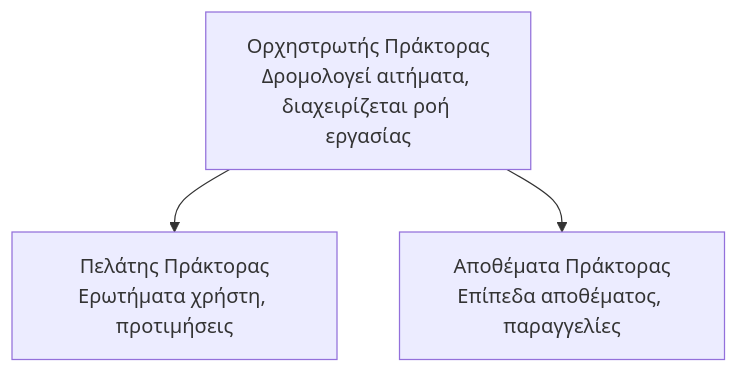
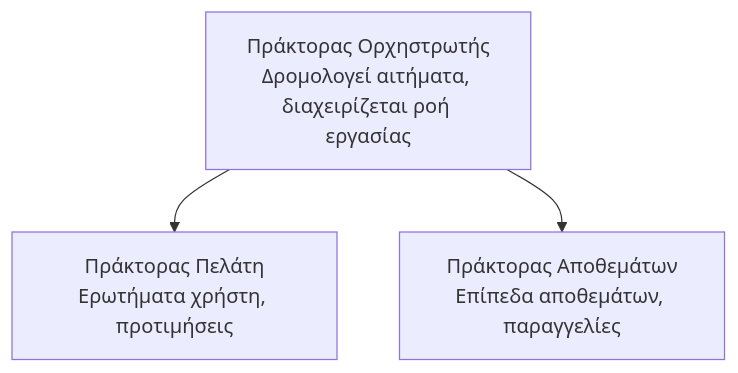
One commit to microsoft/AZD-for-beginners changed the diagram in translations/el/docs/chapter-05-multi-agent/README.md. Above: the diagram before and after it, drawn with Mermaid. The commit also changed other lines of this file and 59 other files, not shown here.

````diff
--- a/translations/el/docs/chapter-05-multi-agent/README.md
+++ b/translations/el/docs/chapter-05-multi-agent/README.md
@@ -54,5 +54,5 @@
 ```mermaid
 graph TD
-    Orchestrator[Ορχηστρωτής Πράκτορας<br/>Δρομολογεί αιτήματα, διαχειρίζεται ροή εργασίας] --> Customer[Πελάτης Πράκτορας<br/>Ερωτήματα χρήστη, προτιμήσεις]
-    Orchestrator --> Inventory[Αποθέματα Πράκτορας<br/>Επίπεδα αποθέματος, παραγγελίες]
+    Orchestrator[Πράκτορας Ορχηστρωτής<br/>Δρομολογεί αιτήματα, διαχειρίζεται ροή εργασίας] --> Customer[Πράκτορας Πελάτη<br/>Ερωτήματα χρήστη, προτιμήσεις]
+    Orchestrator --> Inventory[Πράκτορας Αποθεμάτων<br/>Επίπεδα αποθεμάτων, παραγγελίες]
 ```
````
